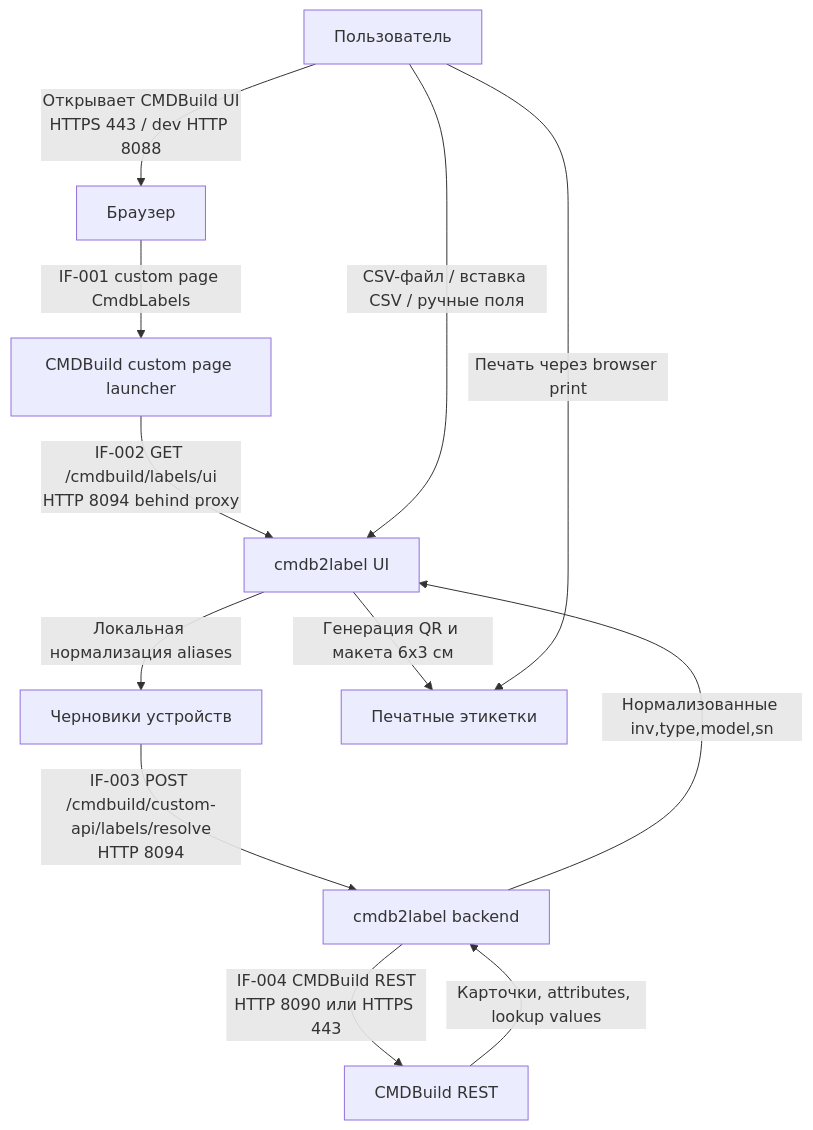
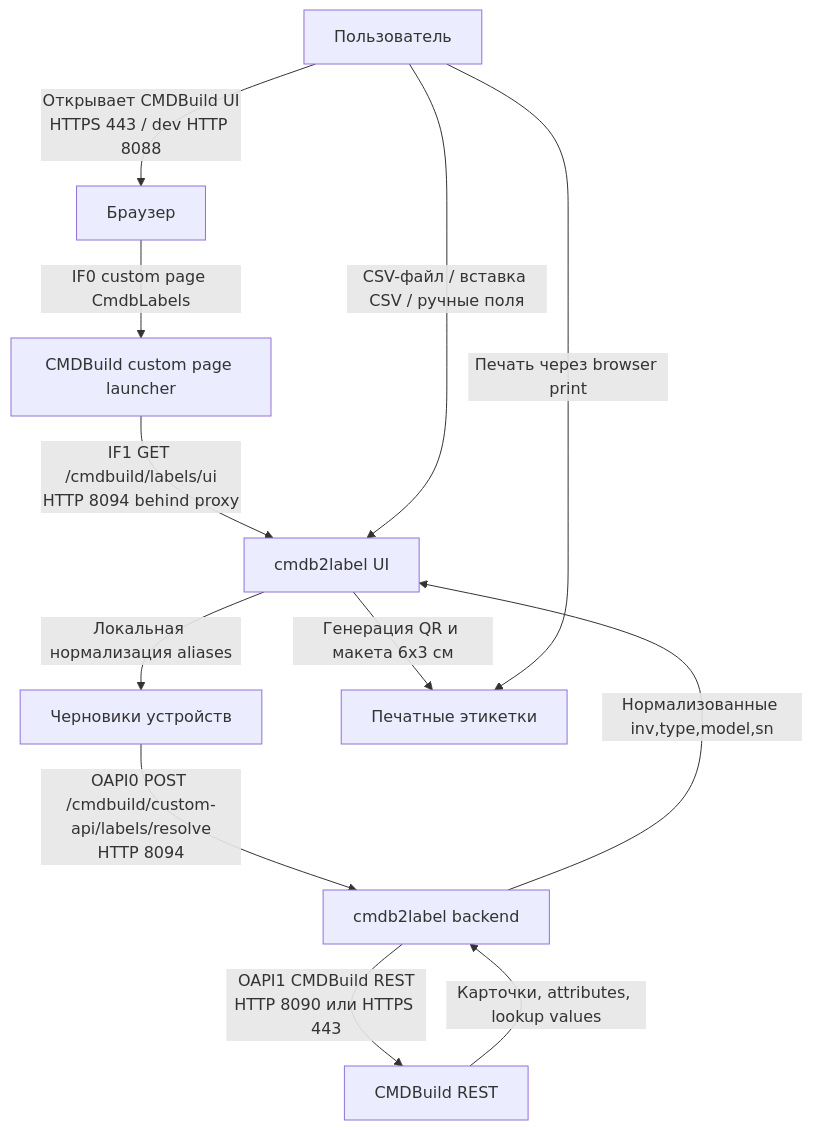
One commit to igorlyapin-max/cmdb2label changed the diagram in aa/business-processes.md. Above: the diagram before and after it, drawn with Mermaid. The commit also changed other lines of this file and 17 other files, not shown here.

Commit message:
Migrate AA flow IDs to typed naming

````diff
--- a/aa/business-processes.md
+++ b/aa/business-processes.md
@@ -5,14 +5,14 @@
 ```mermaid
 flowchart TD
   User[Пользователь] -->|Открывает CMDBuild UI<br/>HTTPS 443 / dev HTTP 8088| Browser[Браузер]
-  Browser -->|IF-001 custom page CmdbLabels| Launcher[CMDBuild custom page launcher]
-  Launcher -->|IF-002 GET /cmdbuild/labels/ui<br/>HTTP 8094 behind proxy| UI[cmdb2label UI]
+  Browser -->|IF0 custom page CmdbLabels| Launcher[CMDBuild custom page launcher]
+  Launcher -->|IF1 GET /cmdbuild/labels/ui<br/>HTTP 8094 behind proxy| UI[cmdb2label UI]
   User -->|CSV-файл / вставка CSV / ручные поля| UI
   UI -->|Локальная нормализация aliases| Drafts[Черновики устройств]
-  Drafts -->|IF-003 POST /cmdbuild/custom-api/labels/resolve<br/>HTTP 8094| Backend[cmdb2label backend]
-  Backend -->|IF-004 CMDBuild REST<br/>HTTP 8090 или HTTPS 443| CMDBuild[CMDBuild REST]
+  Drafts -->|OAPI0 POST /cmdbuild/custom-api/labels/resolve<br/>HTTP 8094| Backend[cmdb2label backend]
+  Backend -->|OAPI1 CMDBuild REST<br/>HTTP 8090 или HTTPS 443| CMDBuild[CMDBuild REST]
   CMDBuild -->|Карточки, attributes, lookup values| Backend
   Backend -->|Нормализованные inv,type,model,sn| UI
   UI -->|Генерация QR и макета 6x3 см| Labels[Печатные этикетки]
   User -->|Печать через browser print| Labels
 ```
````
